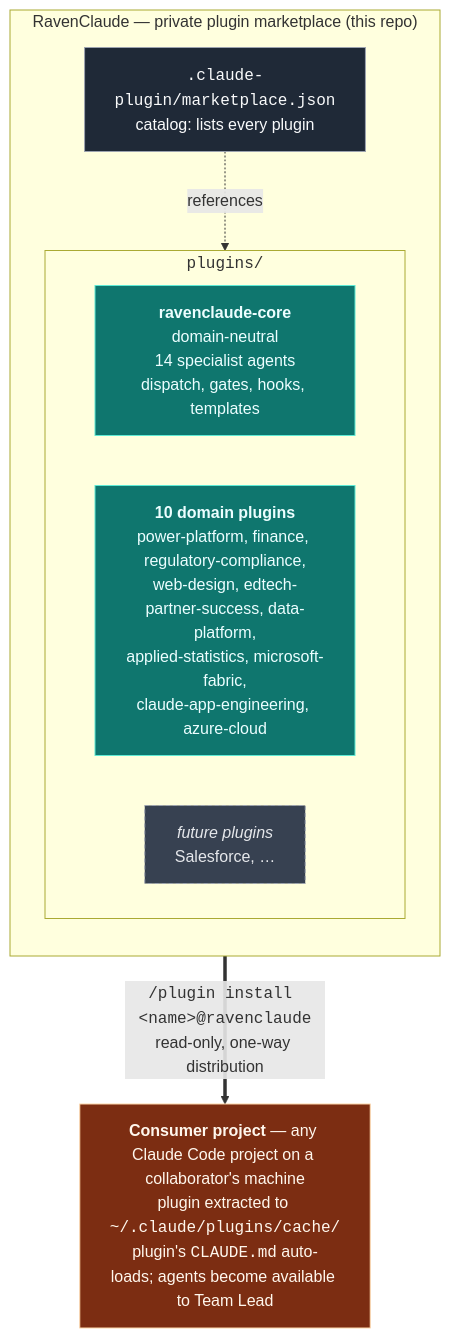
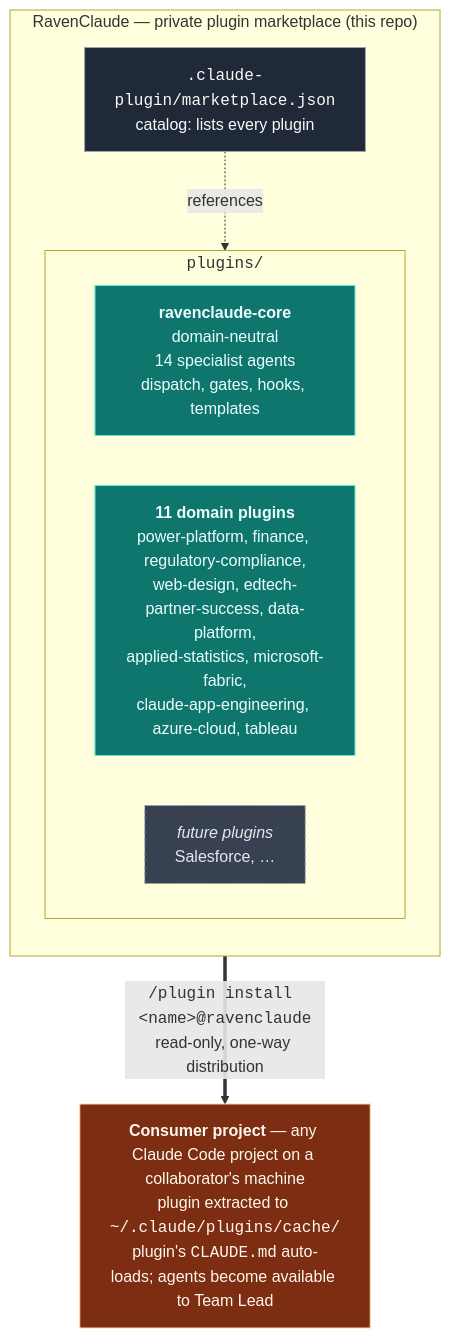
The diagram in docs/architecture.md (mcorbett51090/RavenClaude), drawn with Mermaid before and after one commit. The commit also changed other lines of this file and 7 other files, not shown here.

````diff
--- a/docs/architecture.md
+++ b/docs/architecture.md
@@ -11,27 +11,27 @@
 ```mermaid
 flowchart TB
     subgraph marketplace["RavenClaude — private plugin marketplace (this repo)"]
         direction TB
         catalog["<code>.claude-plugin/marketplace.json</code><br/>catalog: lists every plugin"]
         subgraph plugindir["<code>plugins/</code>"]
             direction LR
             core["<b>ravenclaude-core</b><br/>domain-neutral<br/>14 specialist agents<br/>dispatch, gates, hooks, templates"]
-            domains["<b>10 domain plugins</b><br/>power-platform, finance, regulatory-compliance,<br/>web-design, edtech-partner-success, data-platform,<br/>applied-statistics, microsoft-fabric,<br/>claude-app-engineering, azure-cloud"]
+            domains["<b>11 domain plugins</b><br/>power-platform, finance, regulatory-compliance,<br/>web-design, edtech-partner-success, data-platform,<br/>applied-statistics, microsoft-fabric,<br/>claude-app-engineering, azure-cloud, tableau"]
             future["<i>future plugins</i><br/>Salesforce, …"]
         end
         catalog -.->|references| plugindir
     end
 
     consumer["<b>Consumer project</b> — any Claude Code project on a collaborator's machine<br/>plugin extracted to <code>~/.claude/plugins/cache/</code><br/>plugin's <code>CLAUDE.md</code> auto-loads; agents become available to Team Lead"]
 
     marketplace ==>|"<code>/plugin install &lt;name&gt;@ravenclaude</code><br/>read-only, one-way distribution"| consumer
 
     classDef hub fill:#1f2937,stroke:#9ca3af,color:#f9fafb
     classDef plugin fill:#0f766e,stroke:#5eead4,color:#ecfeff
     classDef future fill:#374151,stroke:#9ca3af,color:#e5e7eb,stroke-dasharray: 4 3
     classDef consumer fill:#7c2d12,stroke:#fed7aa,color:#fff7ed
     class catalog hub
     class core,domains plugin
     class future future
     class consumer consumer
 ```
````
